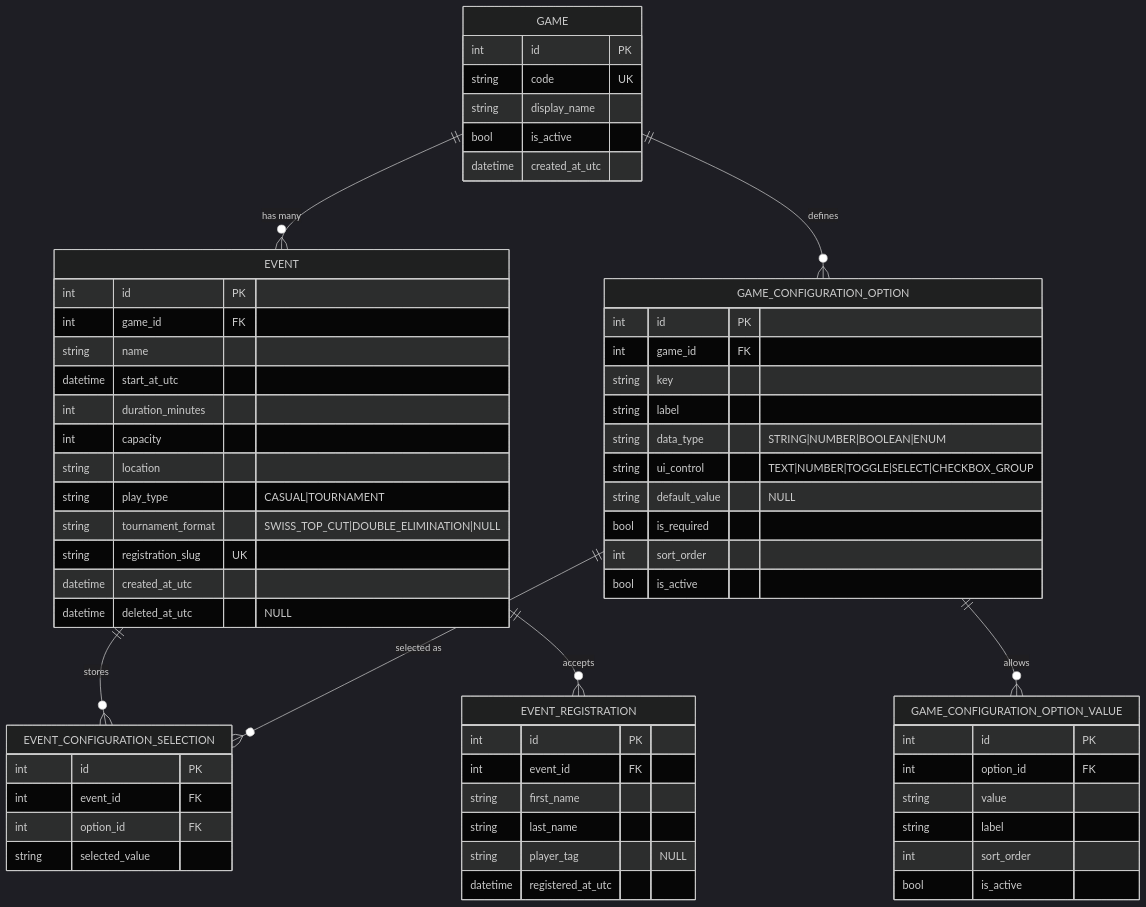
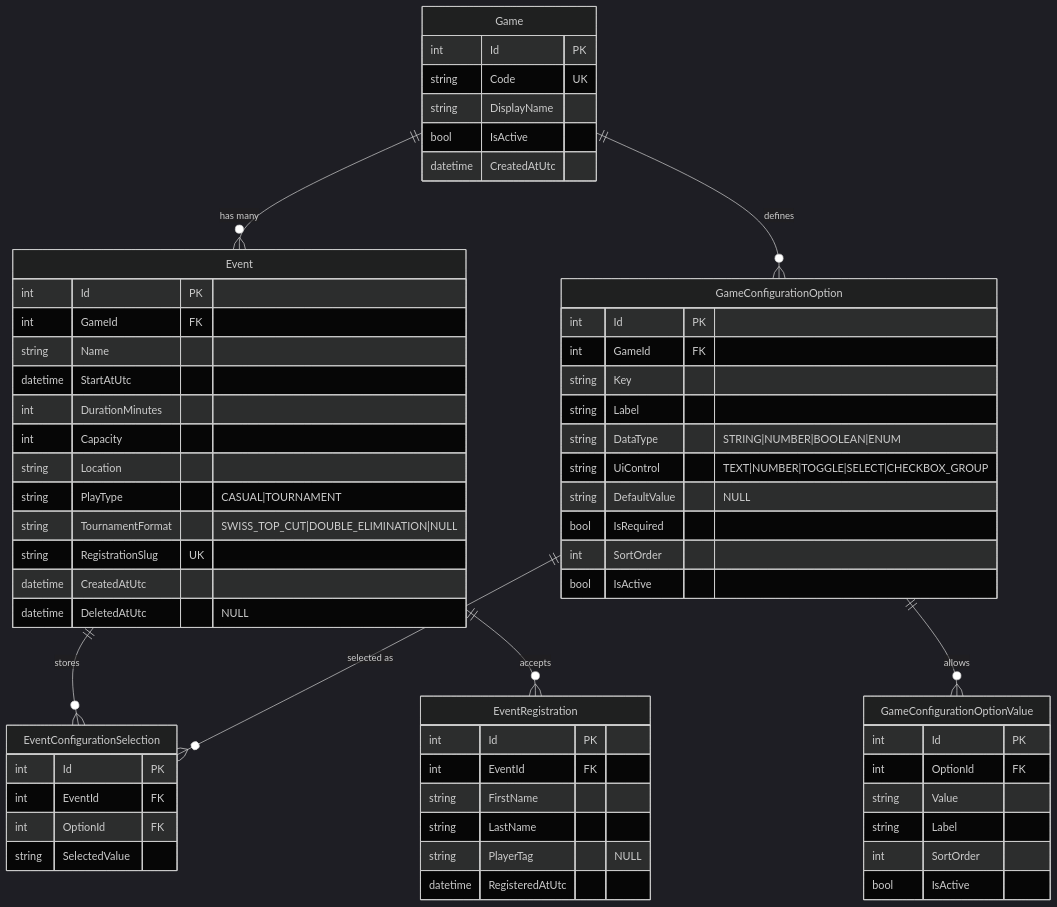
Before and after one commit to jared-helm/tabletop-event-manager: the diagram in docs/er-diagram.md, drawn with Mermaid (dark theme). The commit also changed 8 other files, not shown here.

First line of the commit message:
Refactor database schema and seed scripts to use PascalCase for table and column names

````diff
--- a/docs/er-diagram.md
+++ b/docs/er-diagram.md
@@ -5,72 +5,72 @@
 ```mermaid
 erDiagram
-    GAME {
-        int id PK
-        string code UK
-        string display_name
-        bool is_active
-        datetime created_at_utc
+    Game {
+        int Id PK
+        string Code UK
+        string DisplayName
+        bool IsActive
+        datetime CreatedAtUtc
     }
 
-    EVENT {
-        int id PK
-        int game_id FK
-        string name
-        datetime start_at_utc
-        int duration_minutes
-        int capacity
-        string location
-        string play_type "CASUAL|TOURNAMENT"
-        string tournament_format "SWISS_TOP_CUT|DOUBLE_ELIMINATION|NULL"
-        string registration_slug UK
-        datetime created_at_utc
-        datetime deleted_at_utc "NULL"
+    Event {
+        int Id PK
+        int GameId FK
+        string Name
+        datetime StartAtUtc
+        int DurationMinutes
+        int Capacity
+        string Location
+        string PlayType "CASUAL|TOURNAMENT"
+        string TournamentFormat "SWISS_TOP_CUT|DOUBLE_ELIMINATION|NULL"
+        string RegistrationSlug UK
+        datetime CreatedAtUtc
+        datetime DeletedAtUtc "NULL"
     }
 
-    GAME_CONFIGURATION_OPTION {
-        int id PK
-        int game_id FK
-        string key
-        string label
-        string data_type "STRING|NUMBER|BOOLEAN|ENUM"
-        string ui_control "TEXT|NUMBER|TOGGLE|SELECT|CHECKBOX_GROUP"
-        string default_value "NULL"
-        bool is_required
-        int sort_order
-        bool is_active
+    GameConfigurationOption {
+        int Id PK
+        int GameId FK
+        string Key
+        string Label
+        string DataType "STRING|NUMBER|BOOLEAN|ENUM"
+        string UiControl "TEXT|NUMBER|TOGGLE|SELECT|CHECKBOX_GROUP"
+        string DefaultValue "NULL"
+        bool IsRequired
+        int SortOrder
+        bool IsActive
     }
 
-    GAME_CONFIGURATION_OPTION_VALUE {
-        int id PK
-        int option_id FK
-        string value
-        string label
-        int sort_order
-        bool is_active
+    GameConfigurationOptionValue {
+        int Id PK
+        int OptionId FK
+        string Value
+        string Label
+        int SortOrder
+        bool IsActive
     }
 
-    EVENT_CONFIGURATION_SELECTION {
-        int id PK
-        int event_id FK
-        int option_id FK
-        string selected_value
+    EventConfigurationSelection {
+        int Id PK
+        int EventId FK
+        int OptionId FK
+        string SelectedValue
     }
 
-    EVENT_REGISTRATION {
-        int id PK
-        int event_id FK
-        string first_name
-        string last_name
-        string player_tag "NULL"
-        datetime registered_at_utc
+    EventRegistration {
+        int Id PK
+        int EventId FK
+        string FirstName
+        string LastName
+        string PlayerTag "NULL"
+        datetime RegisteredAtUtc
     }
 
-    GAME ||--o{ EVENT : "has many"
-    GAME ||--o{ GAME_CONFIGURATION_OPTION : "defines"
-    GAME_CONFIGURATION_OPTION ||--o{ GAME_CONFIGURATION_OPTION_VALUE : "allows"
+    Game ||--o{ Event : "has many"
+    Game ||--o{ GameConfigurationOption : "defines"
+    GameConfigurationOption ||--o{ GameConfigurationOptionValue : "allows"
 
-    EVENT ||--o{ EVENT_CONFIGURATION_SELECTION : "stores"
-    GAME_CONFIGURATION_OPTION ||--o{ EVENT_CONFIGURATION_SELECTION : "selected as"
+    Event ||--o{ EventConfigurationSelection : "stores"
+    GameConfigurationOption ||--o{ EventConfigurationSelection : "selected as"
 
-    EVENT ||--o{ EVENT_REGISTRATION : "accepts"
+    Event ||--o{ EventRegistration : "accepts"
 ```
````
